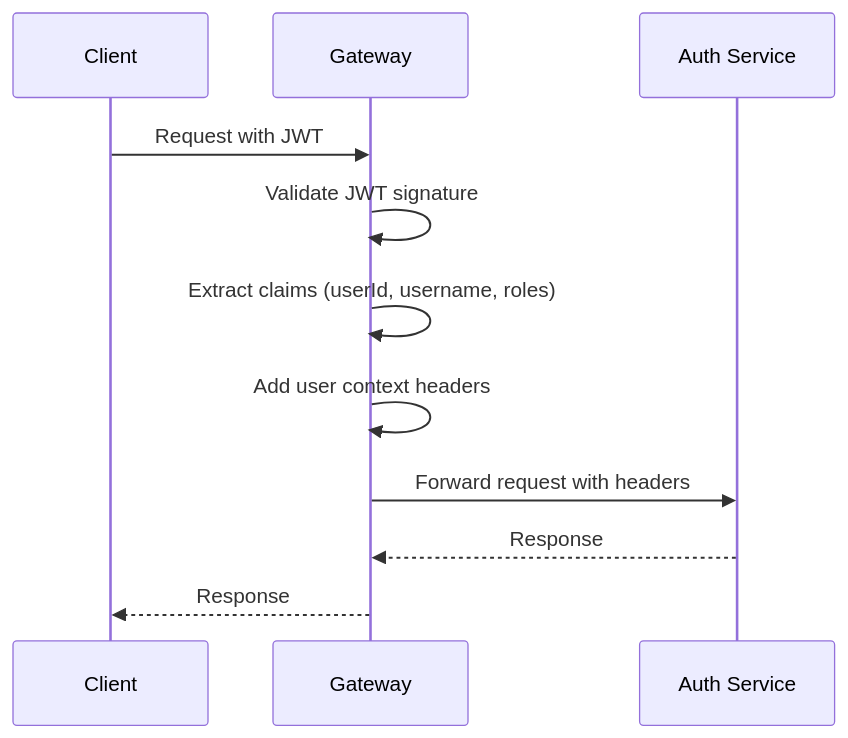
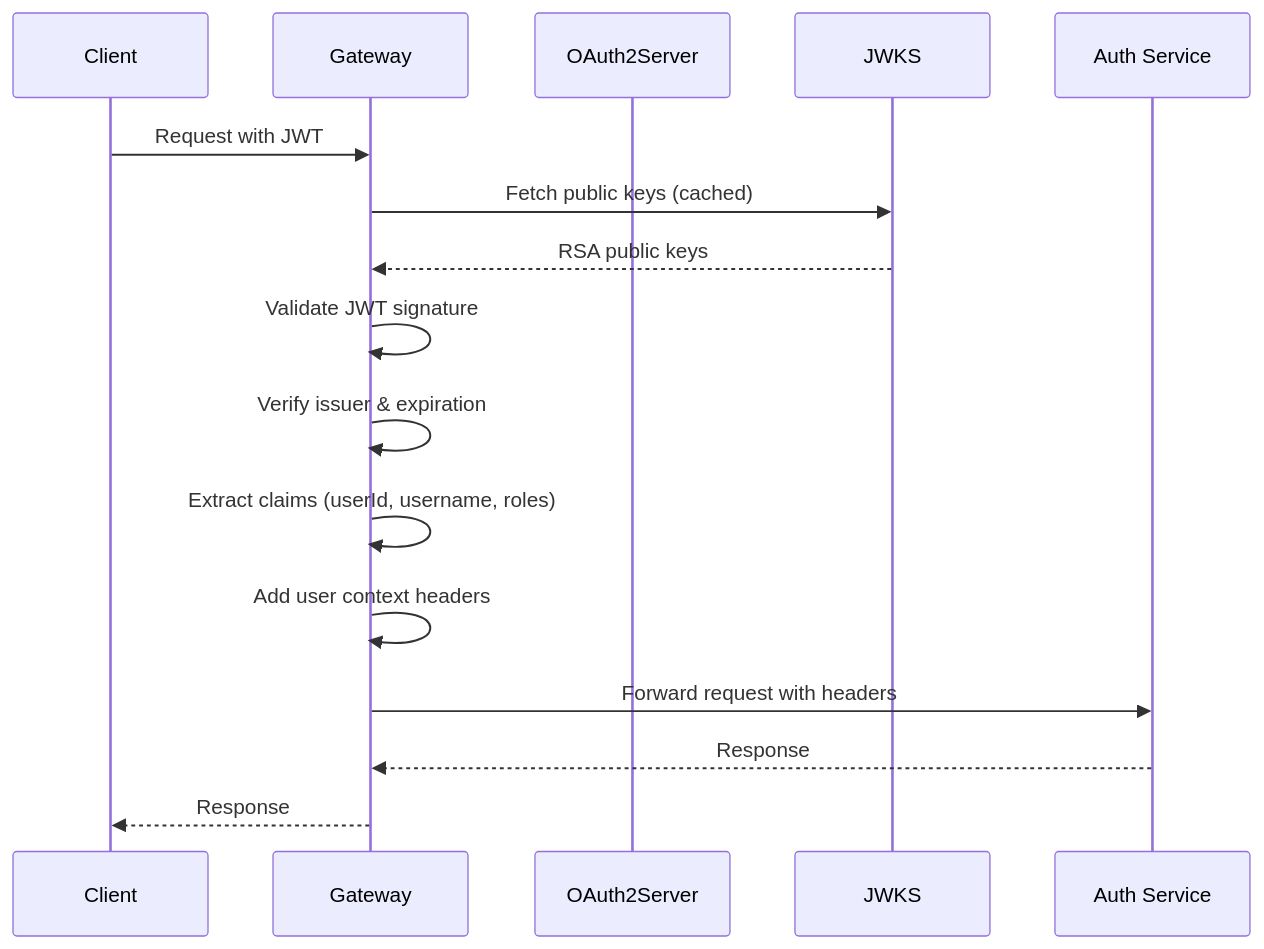
The second of 2 diagrams in api/gateway/AGENTS.md (siberiusfr/compta), drawn with Mermaid before and after one commit. The commit also changed other lines of this file and 8 other files, not shown here.

Commit message:
add config gateway with oauth2

````diff
--- a/api/gateway/AGENTS.md
+++ b/api/gateway/AGENTS.md
@@ -352,14 +365,18 @@
 ```mermaid
 sequenceDiagram
     participant Client
     participant Gateway
-    participant Auth Service
+    participant OAuth2Server
+    participant JWKS
     
     Client->>Gateway: Request with JWT
+    Gateway->>JWKS: Fetch public keys (cached)
+    JWKS-->>Gateway: RSA public keys
     Gateway->>Gateway: Validate JWT signature
+    Gateway->>Gateway: Verify issuer & expiration
     Gateway->>Gateway: Extract claims (userId, username, roles)
     Gateway->>Gateway: Add user context headers
     Gateway->>Auth Service: Forward request with headers
     Auth Service-->>Gateway: Response
     Gateway-->>Client: Response
 ```
````
